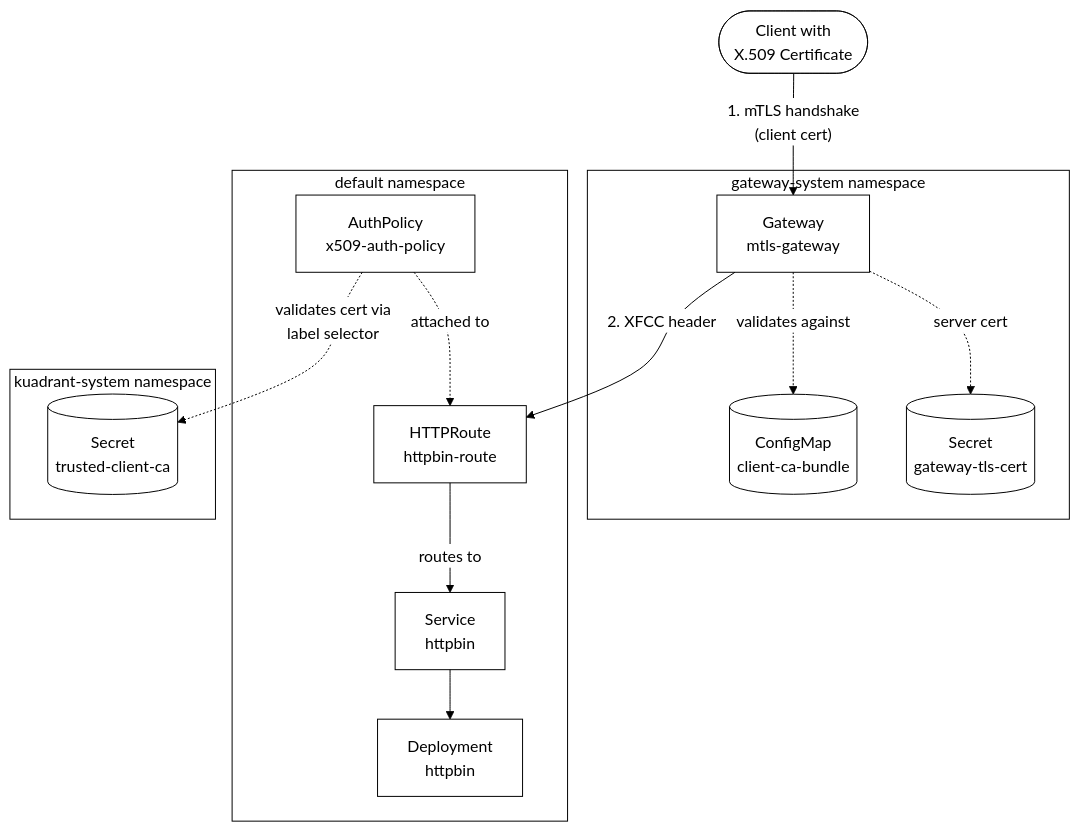
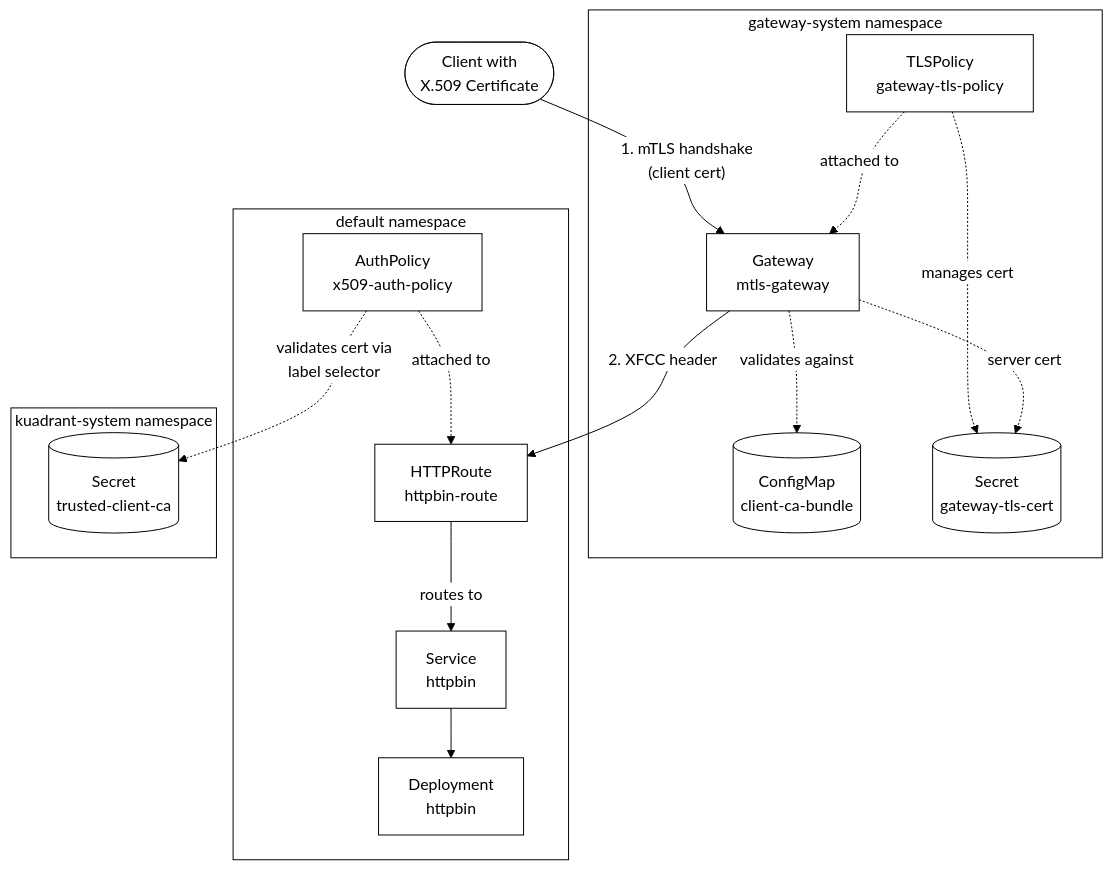
The diagram in doc/user-guides/auth/x509-client-certificate-authentication.md (Kuadrant/kuadrant-operator), drawn with Mermaid before and after one commit.

Commit message:
add tlspolicy to the topology diagram

````diff
--- a/doc/user-guides/auth/x509-client-certificate-authentication.md
+++ b/doc/user-guides/auth/x509-client-certificate-authentication.md
@@ -106,41 +106,45 @@
 ```mermaid
 %%{init: {'theme':'base', 'themeVariables': { 'primaryColor':'#fff','primaryTextColor':'#000','primaryBorderColor':'#000','lineColor':'#000','secondaryColor':'#fff','tertiaryColor':'#fff','clusterBkg':'#fff','clusterBorder':'#000','edgeLabelBackground':'#fff'}}}%%
 graph TB
     Client([Client with<br/>X.509 Certificate])
 
     subgraph "gateway-system namespace"
         GW[Gateway<br/>mtls-gateway]
+        TP[TLSPolicy<br/>gateway-tls-policy]
         CACM[(ConfigMap<br/>client-ca-bundle)]
         TLSCERT[(Secret<br/>gateway-tls-cert)]
     end
 
     subgraph "default namespace"
         HR[HTTPRoute<br/>httpbin-route]
         AP[AuthPolicy<br/>x509-auth-policy]
         SVC[Service<br/>httpbin]
         POD[Deployment<br/>httpbin]
     end
 
     subgraph "kuadrant-system namespace"
         CASEC[(Secret<br/>trusted-client-ca)]
     end
 
     Client -->|"1. mTLS handshake<br/>(client cert)"| GW
+    TP -.->|attached to| GW
+    TP -.->|manages cert| TLSCERT
     GW -.->|validates against| CACM
     GW -.->|server cert| TLSCERT
     GW -->|"2. XFCC header"| HR
     HR -->|routes to| SVC
     SVC --> POD
     AP -.->|attached to| HR
     AP -.->|validates cert via<br/>label selector| CASEC
 
     style GW fill:none,stroke:#000,color:#000
+    style TP fill:none,stroke:#000,color:#000
     style HR fill:none,stroke:#000,color:#000
     style AP fill:none,stroke:#000,color:#000
     style CACM fill:none,stroke:#000,color:#000
     style CASEC fill:none,stroke:#000,color:#000
     style TLSCERT fill:none,stroke:#000,color:#000
     style SVC fill:none,stroke:#000,color:#000
     style POD fill:none,stroke:#000,color:#000
     style Client fill:none,stroke:#000,color:#000
 ```
````
